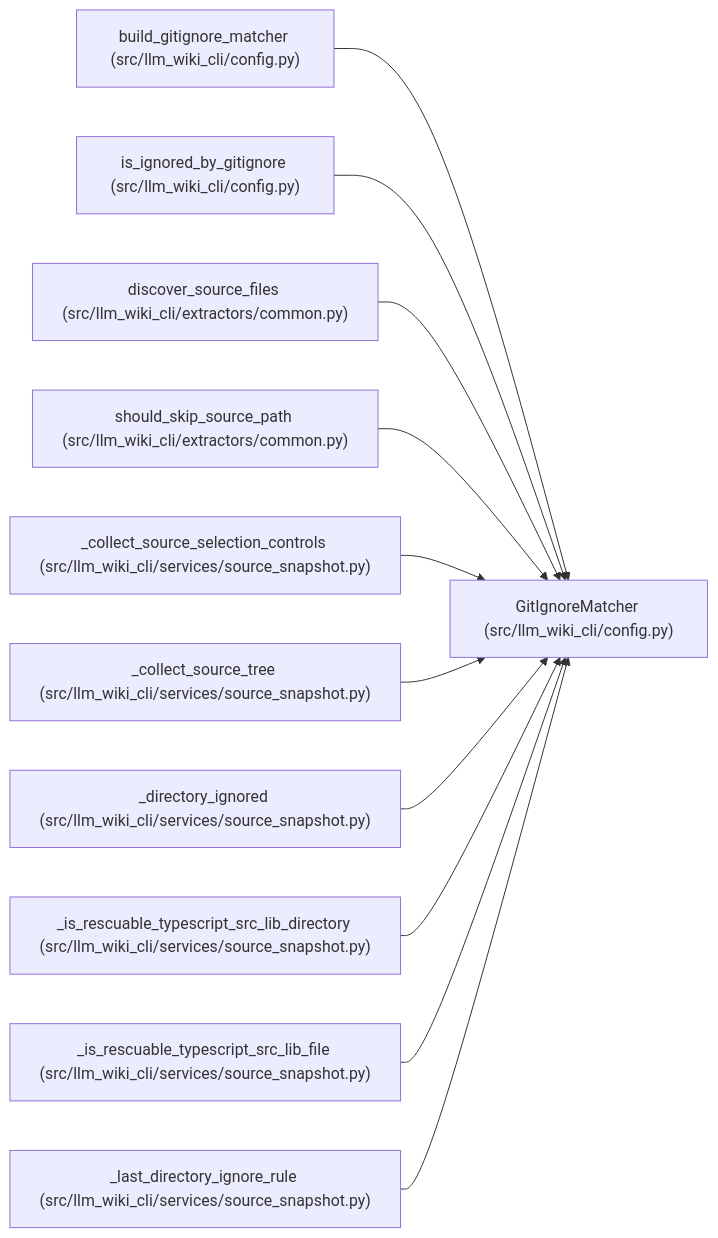
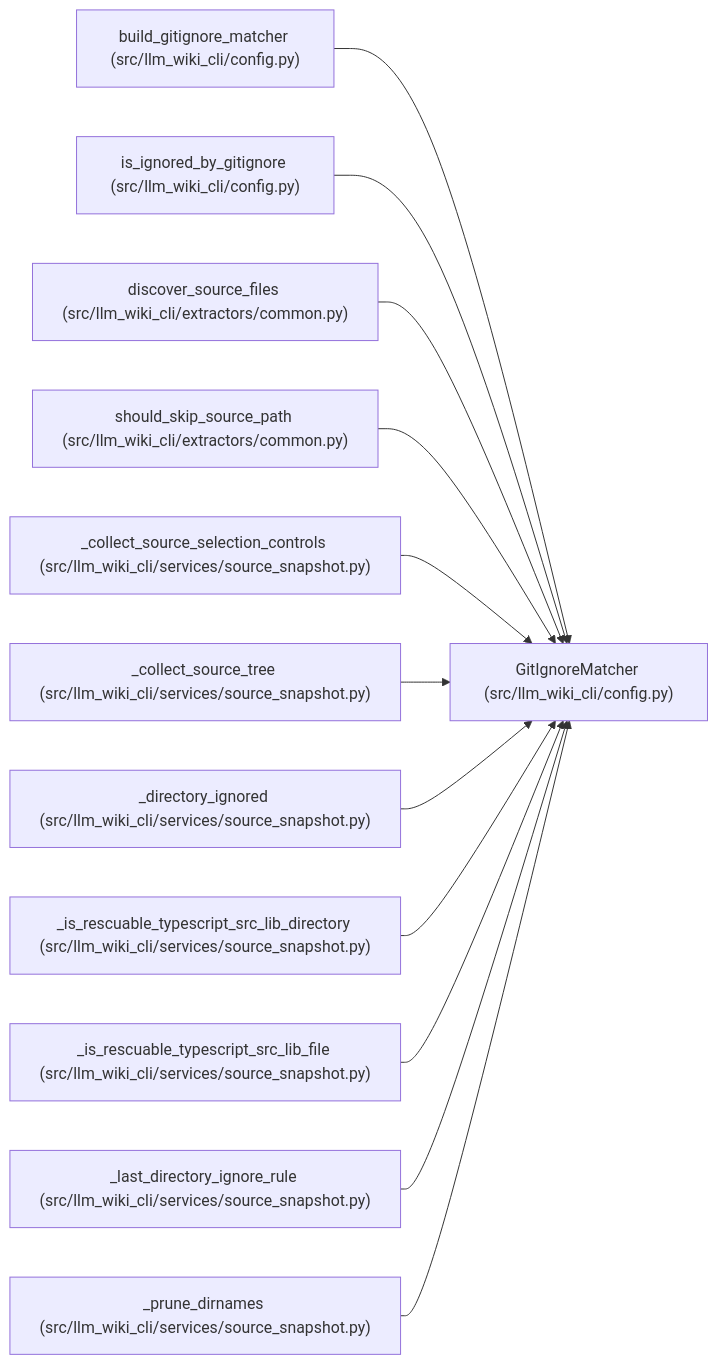
The diagram in docs/llm_wiki/entities/GitIgnoreMatcher.md (Denissvgn/python-wiki-llm), drawn with Mermaid before and after one commit. The commit also changed other lines of this file and 493 other files, not shown here.

````diff
--- a/docs/llm_wiki/entities/GitIgnoreMatcher.md
+++ b/docs/llm_wiki/entities/GitIgnoreMatcher.md
@@ -31,35 +31,38 @@
 ```mermaid
 flowchart LR
     n0["GitIgnoreMatcher (src/llm_wiki_cli/config.py)"]
     n1["build_gitignore_matcher (src/llm_wiki_cli/config.py)"]
     n2["is_ignored_by_gitignore (src/llm_wiki_cli/config.py)"]
     n3["discover_source_files (src/llm_wiki_cli/extractors/common.py)"]
     n4["should_skip_source_path (src/llm_wiki_cli/extractors/common.py)"]
     n5["_collect_source_selection_controls (src/llm_wiki_cli/services/source_snapshot.py)"]
     n6["_collect_source_tree (src/llm_wiki_cli/services/source_snapshot.py)"]
     n7["_directory_ignored (src/llm_wiki_cli/services/source_snapshot.py)"]
     n8["_is_rescuable_typescript_src_lib_directory (src/llm_wiki_cli/services/source_snapshot.py)"]
     n9["_is_rescuable_typescript_src_lib_file (src/llm_wiki_cli/services/source_snapshot.py)"]
     n10["_last_directory_ignore_rule (src/llm_wiki_cli/services/source_snapshot.py)"]
+    n11["_prune_dirnames (src/llm_wiki_cli/services/source_snapshot.py)"]
     n1 --> n0
     n2 --> n0
     n3 --> n0
     n4 --> n0
     n5 --> n0
     n6 --> n0
     n7 --> n0
     n8 --> n0
     n9 --> n0
     n10 --> n0
+    n11 --> n0
     click n0 "../modules/config.md"
     click n1 "../modules/config.md"
     click n2 "../modules/config.md"
     click n3 "../modules/common.md"
     click n4 "../modules/common.md"
     click n5 "../modules/source_snapshot.md"
     click n6 "../modules/source_snapshot.md"
     click n7 "../modules/source_snapshot.md"
     click n8 "../modules/source_snapshot.md"
     click n9 "../modules/source_snapshot.md"
     click n10 "../modules/source_snapshot.md"
+    click n11 "../modules/source_snapshot.md"
 ```
````
